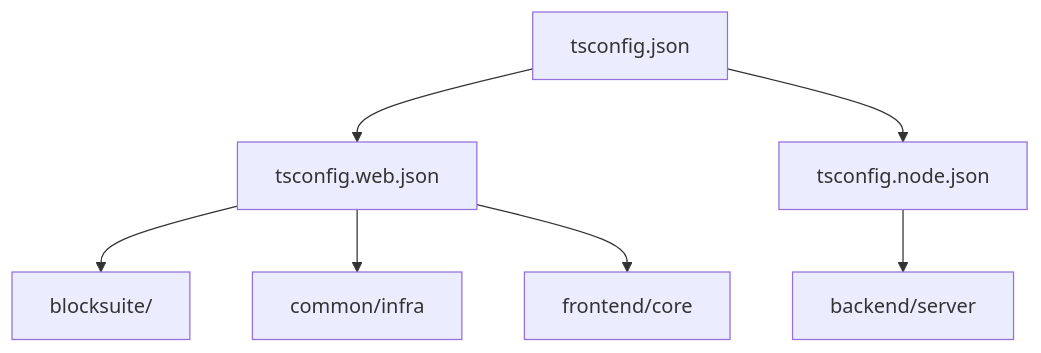
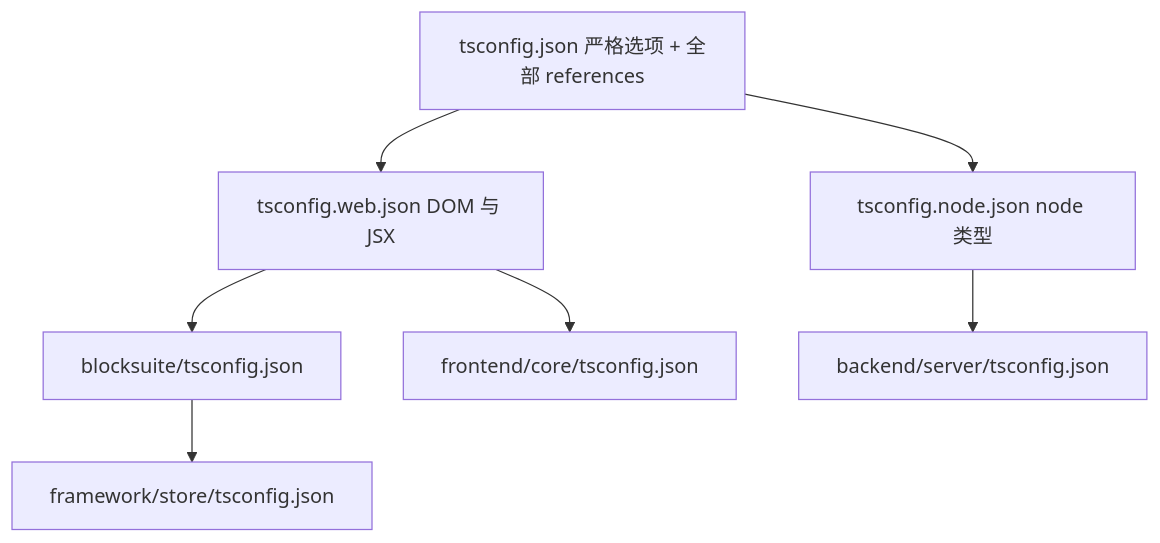
The second of 4 diagrams in learning-guide/slides/decks/05.md (lfire/AFFiNE), drawn with Mermaid before and after one commit. The commit also changed other lines of this file and 46 other files, not shown here.

````diff
--- a/learning-guide/slides/decks/05.md
+++ b/learning-guide/slides/decks/05.md
@@ -84,9 +91,16 @@
 ```mermaid
 flowchart TD
-    R["tsconfig.json"] --> W["tsconfig.web.json"]
-    R --> N["tsconfig.node.json"]
-    W --> BS["blocksuite/"]
-    W --> IN["common/infra"]
-    W --> CO["frontend/core"]
-    N --> SV["backend/server"]
+  Root["tsconfig.json 严格选项 + 全部 references"]
+  Web["tsconfig.web.json DOM 与 JSX"]
+  Node["tsconfig.node.json node 类型"]
+  BS["blocksuite/tsconfig.json"]
+  Core["frontend/core/tsconfig.json"]
+  Server["backend/server/tsconfig.json"]
+  Store["framework/store/tsconfig.json"]
+  Root --> Web
+  Root --> Node
+  Web --> BS
+  Web --> Core
+  Node --> Server
+  BS --> Store
 ```
````
